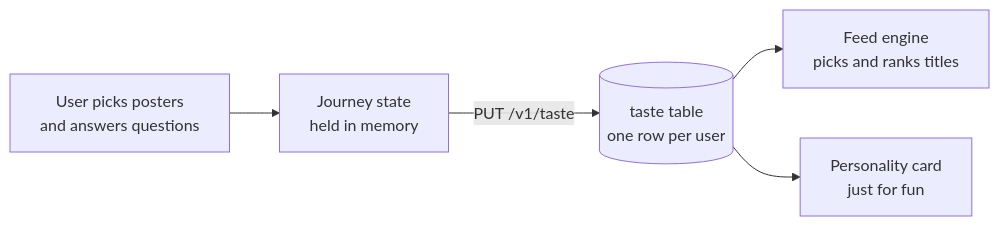
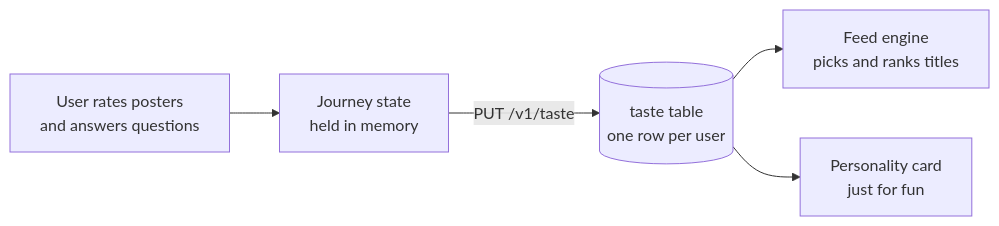
The first of 2 diagrams in features/taste/how-taste-works.md (Nicky-Sa/meowie-reactnative), drawn with Mermaid before and after one commit. The commit also changed other lines of this file and 26 other files, not shown here.

````diff
--- a/features/taste/how-taste-works.md
+++ b/features/taste/how-taste-works.md
@@ -14,7 +14,7 @@
 ```mermaid
 flowchart LR
-    A[User picks posters<br/>and answers questions] --> B[Journey state<br/>held in memory]
+    A[User rates posters<br/>and answers questions] --> B[Journey state<br/>held in memory]
     B -->|PUT /v1/taste| C[(taste table<br/>one row per user)]
     C --> D[Feed engine<br/>picks and ranks titles]
     C --> E[Personality card<br/>just for fun]
 ```
````
